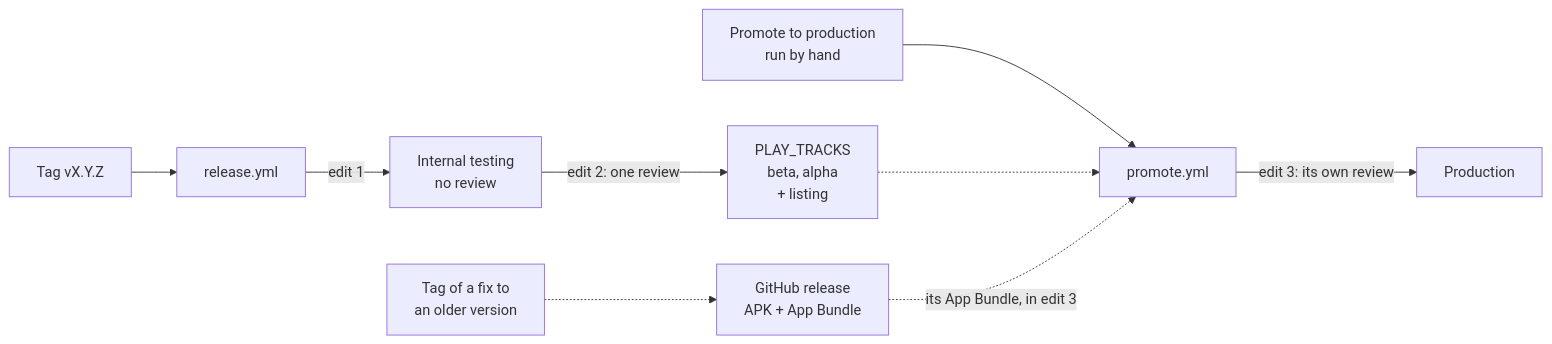
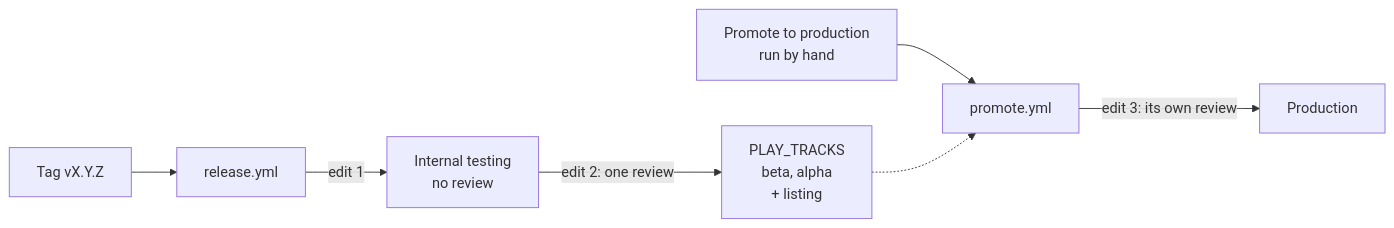
The diagram in CONTRIBUTING.md (astrovm/crosstune), drawn with Mermaid before and after one commit. The commit also changed other lines of this file and 8 other files, not shown here.

````diff
--- a/CONTRIBUTING.md
+++ b/CONTRIBUTING.md
@@ -72,11 +63,9 @@
 ```mermaid
 flowchart LR
   tag[Tag vX.Y.Z] --> release[release.yml]
   release -->|edit 1| internal[Internal testing<br/>no review]
   internal -->|edit 2: one review| testing[PLAY_TRACKS<br/>beta, alpha<br/>+ listing]
   dispatch[Promote to production<br/>run by hand] --> promote[promote.yml]
   testing -.-> promote
   promote -->|edit 3: its own review| production[Production]
-  hotfix[Tag of a fix to<br/>an older version] -.-> github[GitHub release<br/>APK + App Bundle]
-  github -.->|its App Bundle, in edit 3| promote
 ```
````
